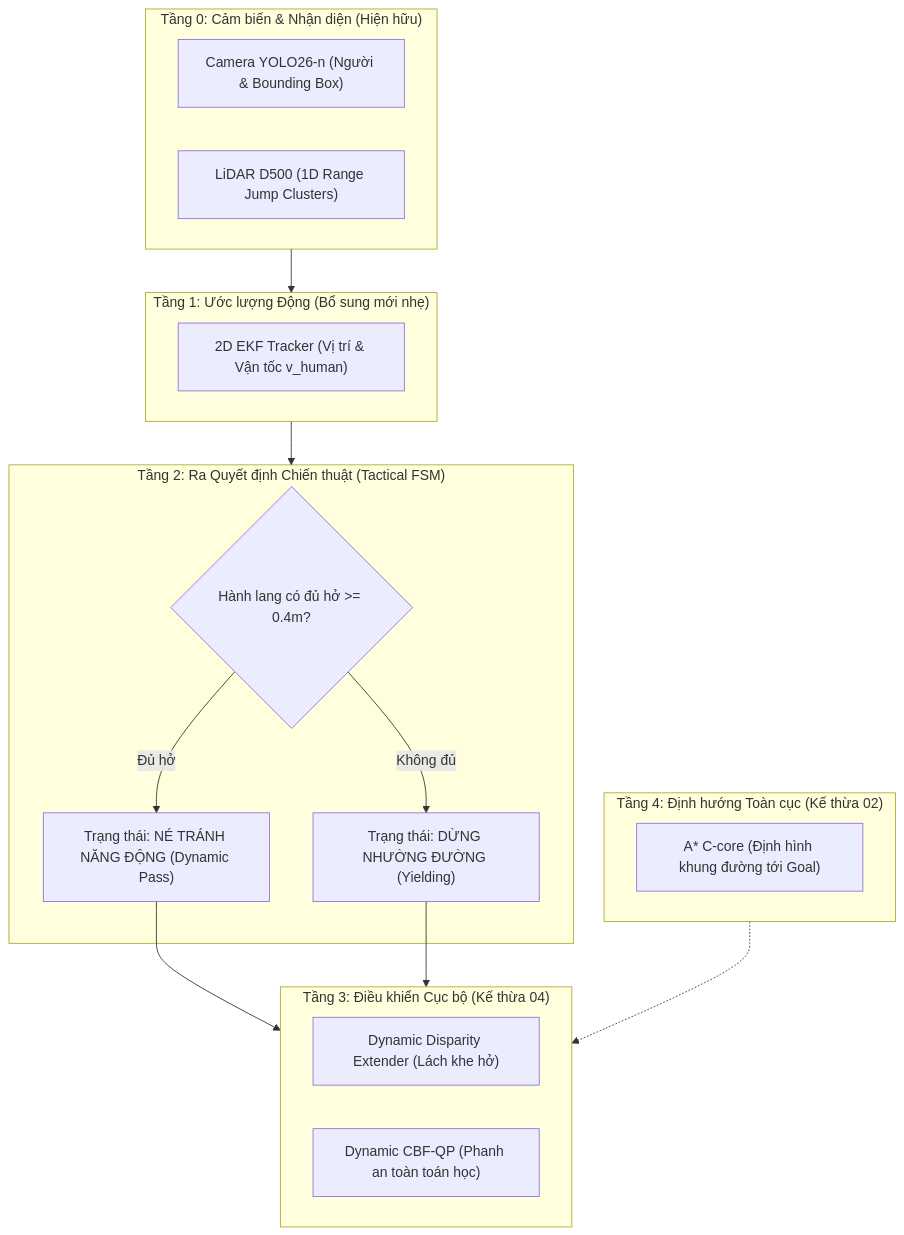
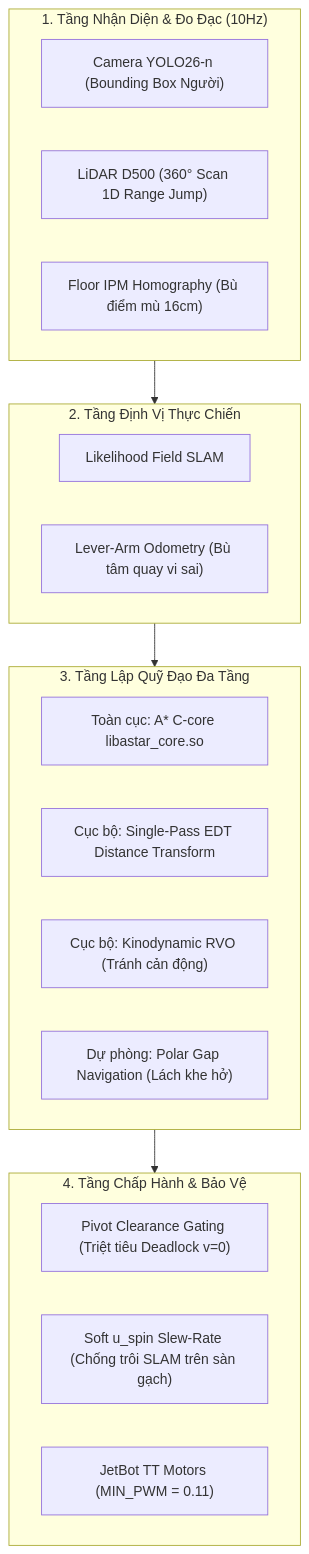
The third of 3 diagrams in agents-doc/agents/algorithm-research-critic-agent.md (zxcvmh/CS532), drawn with Mermaid before and after one commit. The commit also changed other lines of this file and 129 other files, not shown here.

First line of the commit message:
feat(slam,cartographer): integrate Cartographer 2D, real-time decoupled architecture & official LDROBOT D500 driver fixes

````diff
--- a/agents-doc/agents/algorithm-research-critic-agent.md
+++ b/agents-doc/agents/algorithm-research-critic-agent.md
@@ -118,34 +156,30 @@
 ```mermaid
 flowchart TD
-    subgraph Layer0 ["Tầng 0: Cảm biến & Nhận diện (Hiện hữu)"]
-        Cam["Camera YOLO26-n (Người & Bounding Box)"]
-        Lid["LiDAR D500 (1D Range Jump Clusters)"]
+    subgraph Sensing ["1. Tầng Nhận Diện & Đo Đạc (10Hz)"]
+        Cam["Camera YOLO26-n (Bounding Box Người)"]
+        Lid["LiDAR D500 (360° Scan 1D Range Jump)"]
+        IPM["Floor IPM Homography (Bù điểm mù 16cm)"]
     end
 
-    subgraph Layer1 ["Tầng 1: Ước lượng Động (Bổ sung mới nhẹ)"]
-        Tracker["2D EKF Tracker (Vị trí & Vận tốc v_human)"]
+    subgraph Localization ["2. Tầng Định Vị Thực Chiến"]
+        LF["Likelihood Field SLAM"]
+        LAO["Lever-Arm Odometry (Bù tâm quay vi sai)"]
     end
 
-    subgraph Layer2 ["Tầng 2: Ra Quyết định Chiến thuật (Tactical FSM)"]
-        FSM{"Hành lang có đủ hở >= 0.4m?"}
-        Yield["Trạng thái: DỪNG NHƯỜNG ĐƯỜNG (Yielding)"]
-        Pass["Trạng thái: NÉ TRÁNH NĂNG ĐỘNG (Dynamic Pass)"]
+    subgraph Planning ["3. Tầng Lập Quỹ Đạo Đa Tầng"]
+        Astar["Toàn cục: A* C-core libastar_core.so"]
+        EDT["Cục bộ: Single-Pass EDT Distance Transform"]
+        RVO["Cục bộ: Kinodynamic RVO (Tránh cản động)"]
+        PGN["Dự phòng: Polar Gap Navigation (Lách khe hở)"]
     end
 
-    subgraph Layer3 ["Tầng 3: Điều khiển Cục bộ (Kế thừa 04)"]
-        DDE["Dynamic Disparity Extender (Lách khe hở)"]
-        DCBF["Dynamic CBF-QP (Phanh an toàn toán học)"]
+    subgraph Execution ["4. Tầng Chấp Hành & Bảo Vệ"]
+        Pivot["Pivot Clearance Gating (Triệt tiêu Deadlock v=0)"]
+        Slew["Soft u_spin Slew-Rate (Chống trôi SLAM trên sàn gạch)"]
+        Motors["JetBot TT Motors (MIN_PWM = 0.11)"]
     end
 
-    subgraph Layer4 ["Tầng 4: Định hướng Toàn cục (Kế thừa 02)"]
-        Astar["A* C-core (Định hình khung đường tới Goal)"]
-    end
-
-    Layer0 --> Layer1
-    Layer1 --> Layer2
-    FSM -- "Không đủ" --> Yield
-    FSM -- "Đủ hở" --> Pass
-    Pass --> Layer3
-    Yield --> Layer3
-    Layer4 -.-> Layer3
+    Sensing --> Localization
+    Localization --> Planning
+    Planning --> Execution
 ```
````
